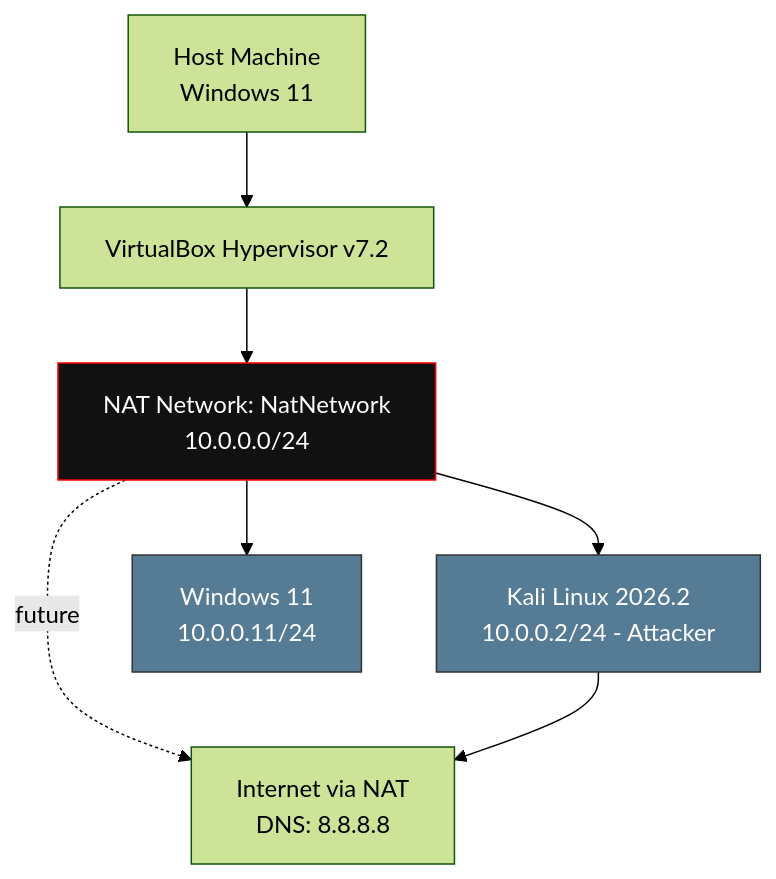
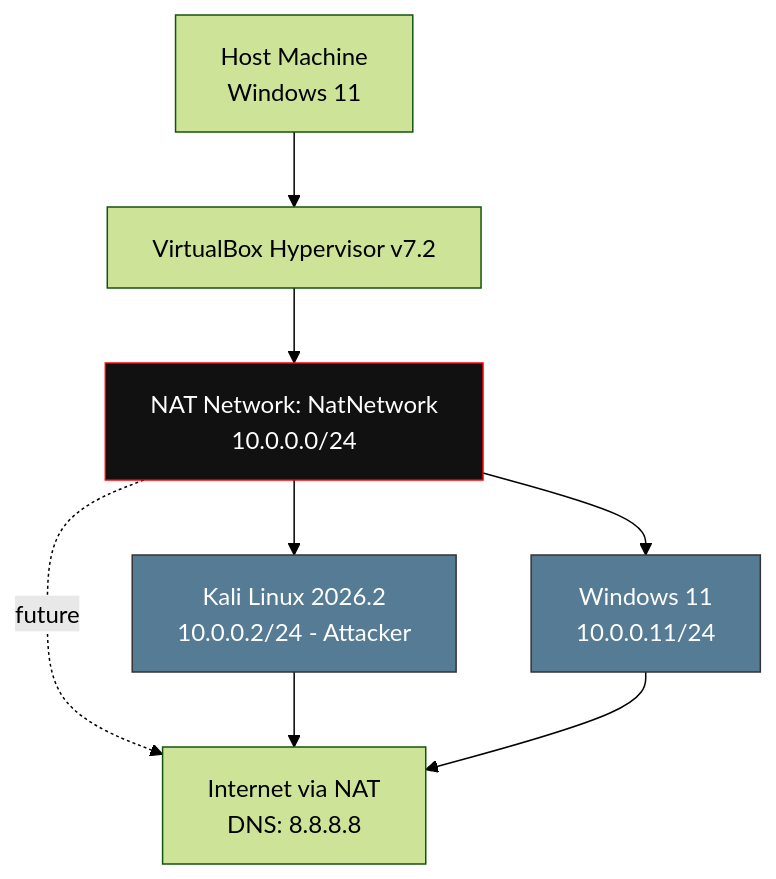
One commit to pratyaychandra/NETWORKWALKS-B083F-WK1-PM1-CYBERSECURITY-LAB-SETUP changed the diagram in README.md. Above: the diagram before and after it, drawn with Mermaid (forest theme).

Commit message:
README.md

````diff
--- a/README.md
+++ b/README.md
@@ -56,13 +56,14 @@
 ```mermaid
 graph TD
     A[Host Machine<br/>Windows 11] --> B[VirtualBox Hypervisor v7.2]
     B --> C[NAT Network: NatNetwork<br/>10.0.0.0/24]
     C --> D[Kali Linux 2026.2<br/>10.0.0.2/24 - Attacker]
     C --> E[Windows 11<br/>10.0.0.11/24]
     C -.future.-> F[Target VM Slot<br/>10.0.0.3 - 99]
     D --> F[Internet via NAT<br/>DNS: 8.8.8.8]
+    E --> F[Internet via NAT<br/>DNS: 8.8.8.8]
 
     style D fill:#557C94,stroke:#333,color:#fff
     style E fill:#557C94,stroke:#333,color:#fff
     style C fill:#111,stroke:#f00,color:#fff
 ```
````
